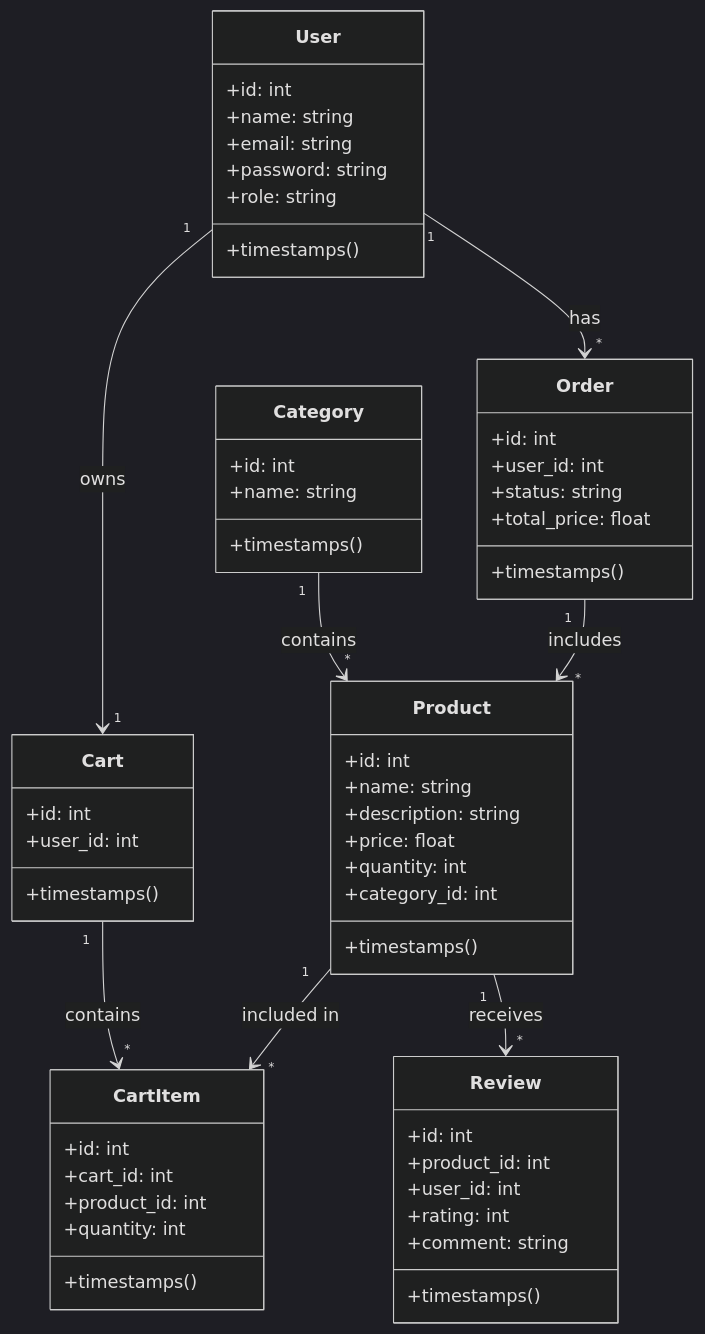
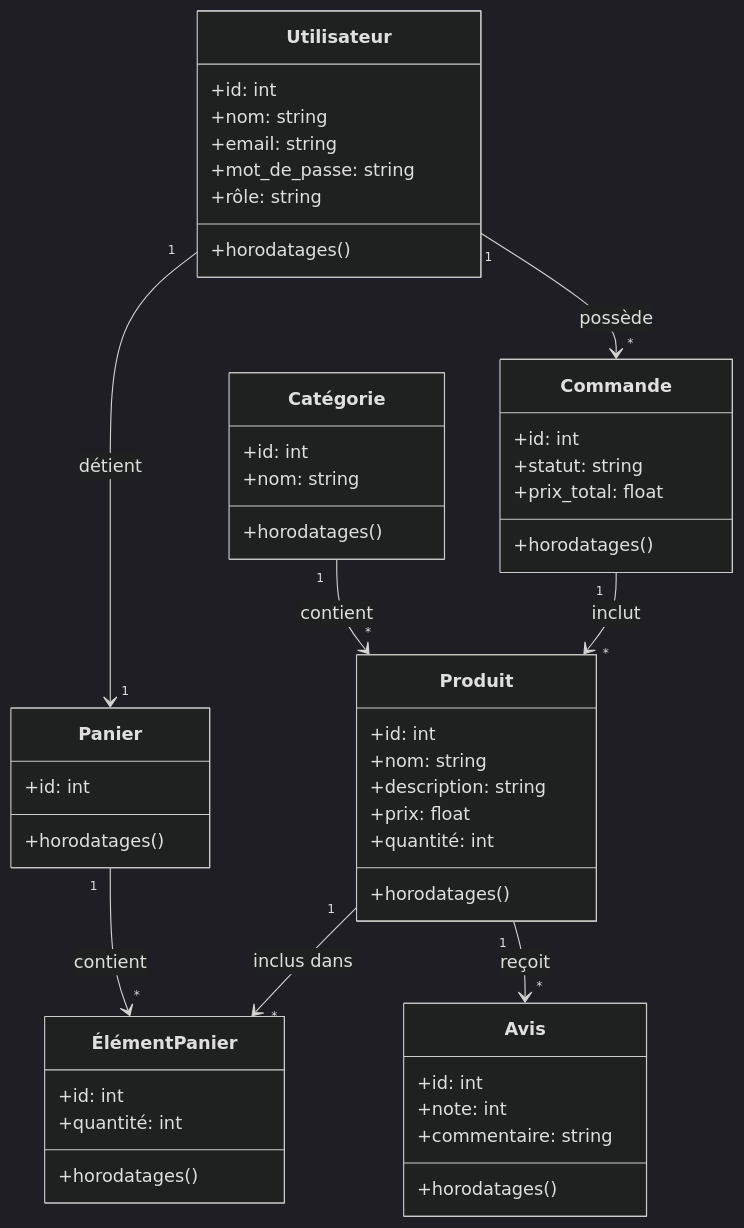
The diagram in Diagramme_de_class/Diagramme_de_class.mmd (Suirita/15.E_commerce), drawn with Mermaid (dark theme) before and after one commit. The commit also changed 2 other files, not shown here.

Commit message:
fixing class diagram

```diff
--- a/Diagramme_de_class/Diagramme_de_class.mmd
+++ b/Diagramme_de_class/Diagramme_de_class.mmd
@@ -1,64 +1,57 @@
 classDiagram
-    class User {
+    class Utilisateur {
         +id: int
-        +name: string
+        +nom: string
         +email: string
-        +password: string
-        +role: string
-        +timestamps()
+        +mot_de_passe: string
+        +rôle: string
+        +horodatages()
     }
 
-    class Product {
+    class Produit {
         +id: int
-        +name: string
+        +nom: string
         +description: string
-        +price: float
-        +quantity: int
-        +category_id: int
-        +timestamps()
+        +prix: float
+        +quantité: int
+        +horodatages()
     }
 
-    class Category {
+    class Catégorie {
         +id: int
-        +name: string
-        +timestamps()
+        +nom: string
+        +horodatages()
     }
 
-    class Order {
+    class Commande {
         +id: int
-        +user_id: int
-        +status: string
-        +total_price: float
-        +timestamps()
+        +statut: string
+        +prix_total: float
+        +horodatages()
     }
 
-    class Cart {
+    class Panier {
         +id: int
-        +user_id: int
-        +timestamps()
+        +horodatages()
     }
 
-    class CartItem {
+    class ÉlémentPanier {
         +id: int
-        +cart_id: int
-        +product_id: int
-        +quantity: int
-        +timestamps()
+        +quantité: int
+        +horodatages()
     }
 
-    class Review {
+    class Avis {
         +id: int
-        +product_id: int
-        +user_id: int
-        +rating: int
-        +comment: string
-        +timestamps()
+        +note: int
+        +commentaire: string
+        +horodatages()
     }
 
-    User "1" --> "*" Order : has
-    User "1" --> "1" Cart : owns
-    Cart "1" --> "*" CartItem : contains
-    Product "1" --> "*" CartItem : included in
-    Product "1" --> "*" Review : receives
-    Category "1" --> "*" Product : contains
-    Order "1" --> "*" Product : includes
+    Utilisateur "1" --> "*" Commande : possède
+    Utilisateur "1" --> "1" Panier : détient
+    Panier "1" --> "*" ÉlémentPanier : contient
+    Produit "1" --> "*" ÉlémentPanier : inclus dans
+    Produit "1" --> "*" Avis : reçoit
+    Catégorie "1" --> "*" Produit : contient
+    Commande "1" --> "*" Produit : inclut
```
